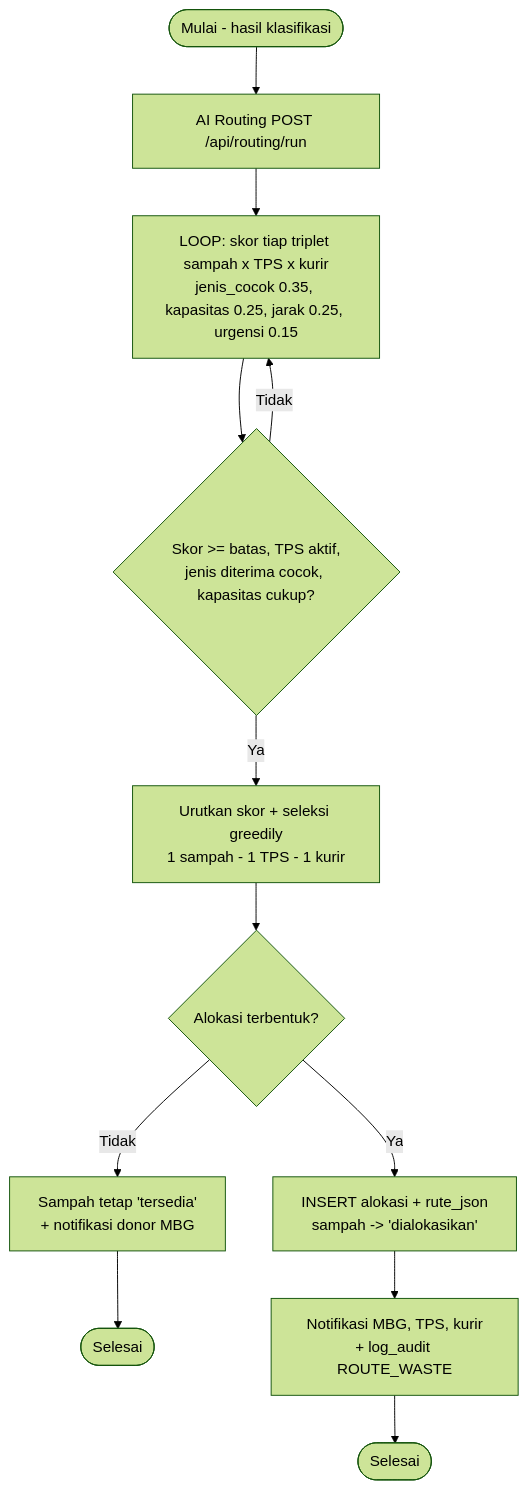
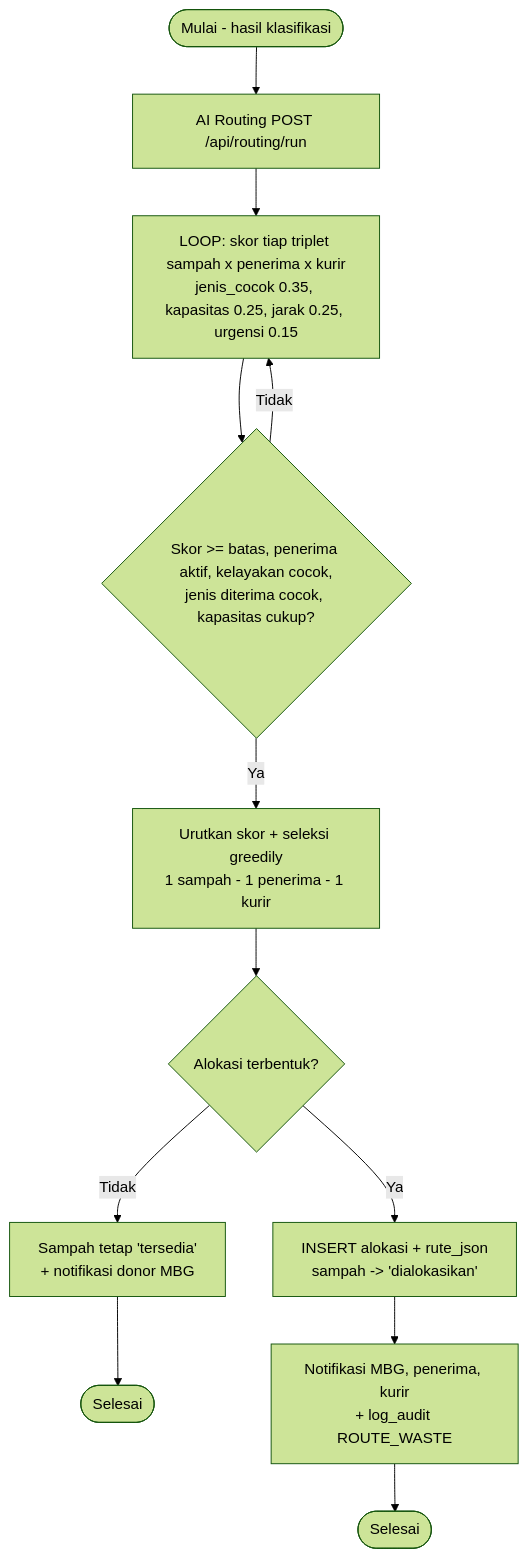
The third of 10 diagrams in docs/arsitektur/Dokumen_Arsitektur_Sistem_EcoMatch_v2.0.md (naylaaurellia18-web/ecomatch), drawn with Mermaid (forest theme) before and after one commit. The commit also changed other lines of this file and 110 other files, not shown here.

First line of the commit message:
feat(revisi): penyaluran sisa makanan MBG ke Penerima (kelayakan layak->panti/yayasan, tidak layak->peternakan)

````diff
--- a/docs/arsitektur/Dokumen_Arsitektur_Sistem_EcoMatch_v2.0.md
+++ b/docs/arsitektur/Dokumen_Arsitektur_Sistem_EcoMatch_v2.0.md
@@ -183,14 +183,14 @@
 ```mermaid
 flowchart TD
     Start([Mulai - hasil klasifikasi]) --> G["AI Routing POST /api/routing/run"]
-    G --> H["LOOP: skor tiap triplet sampah x TPS x kurir<br/>jenis_cocok 0.35, kapasitas 0.25, jarak 0.25, urgensi 0.15"]
-    H --> I{"Skor >= batas, TPS aktif,<br/>jenis diterima cocok, kapasitas cukup?"}
+    G --> H["LOOP: skor tiap triplet sampah x penerima x kurir<br/>jenis_cocok 0.35, kapasitas 0.25, jarak 0.25, urgensi 0.15"]
+    H --> I{"Skor >= batas, penerima aktif, kelayakan cocok,<br/>jenis diterima cocok, kapasitas cukup?"}
     I -->|Tidak| H
-    I -->|Ya| J["Urutkan skor + seleksi greedily<br/>1 sampah - 1 TPS - 1 kurir"]
+    I -->|Ya| J["Urutkan skor + seleksi greedily<br/>1 sampah - 1 penerima - 1 kurir"]
     J --> K{"Alokasi terbentuk?"}
     K -->|Tidak| L["Sampah tetap 'tersedia'<br/>+ notifikasi donor MBG"]
     L --> Z2([Selesai])
     K -->|Ya| M["INSERT alokasi + rute_json<br/>sampah -> 'dialokasikan'"]
-    M --> N["Notifikasi MBG, TPS, kurir<br/>+ log_audit ROUTE_WASTE"]
+    M --> N["Notifikasi MBG, penerima, kurir<br/>+ log_audit ROUTE_WASTE"]
     N --> Z3([Selesai])
 ```
````
